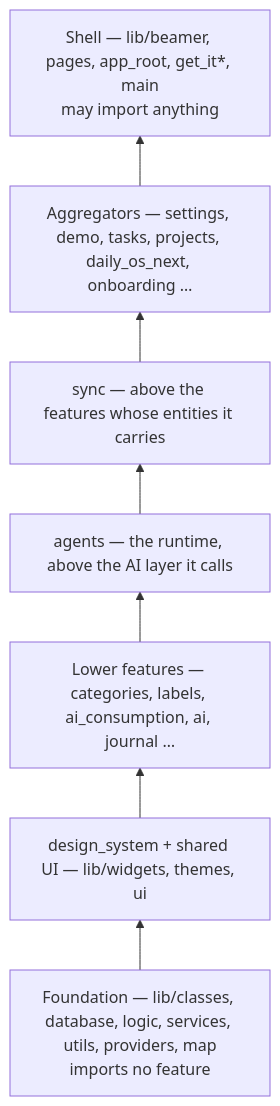
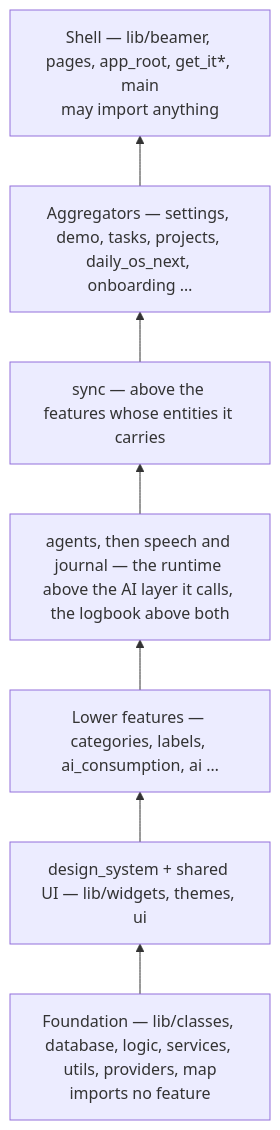
One commit to matthiasn/lotti changed the second of 2 diagrams in knowledge/architecture/overview.md. Above: the diagram before and after it, drawn with Mermaid. The commit also changed 40 other files, not shown here.

First line of the commit message:
refactor(architecture): entry creation moves into journal; foundation imports no feature

````diff
--- a/knowledge/architecture/overview.md
+++ b/knowledge/architecture/overview.md
@@ -105,11 +105,11 @@
 ```mermaid
 flowchart BT
   Foundation["Foundation — lib/classes, database, logic, services, utils, providers, map<br/>imports no feature"]
   DS["design_system + shared UI — lib/widgets, themes, ui"]
-  Low["Lower features — categories, labels, ai_consumption, ai, journal …"]
-  Agents["agents — the runtime, above the AI layer it calls"]
+  Low["Lower features — categories, labels, ai_consumption, ai …"]
+  Agents["agents, then speech and journal — the runtime above the AI layer it calls, the logbook above both"]
   Sync["sync — above the features whose entities it carries"]
   High["Aggregators — settings, demo, tasks, projects, daily_os_next, onboarding …"]
   Shell["Shell — lib/beamer, pages, app_root, get_it*, main<br/>may import anything"]
   Foundation --> DS --> Low --> Agents --> Sync --> High --> Shell
 ```
````
